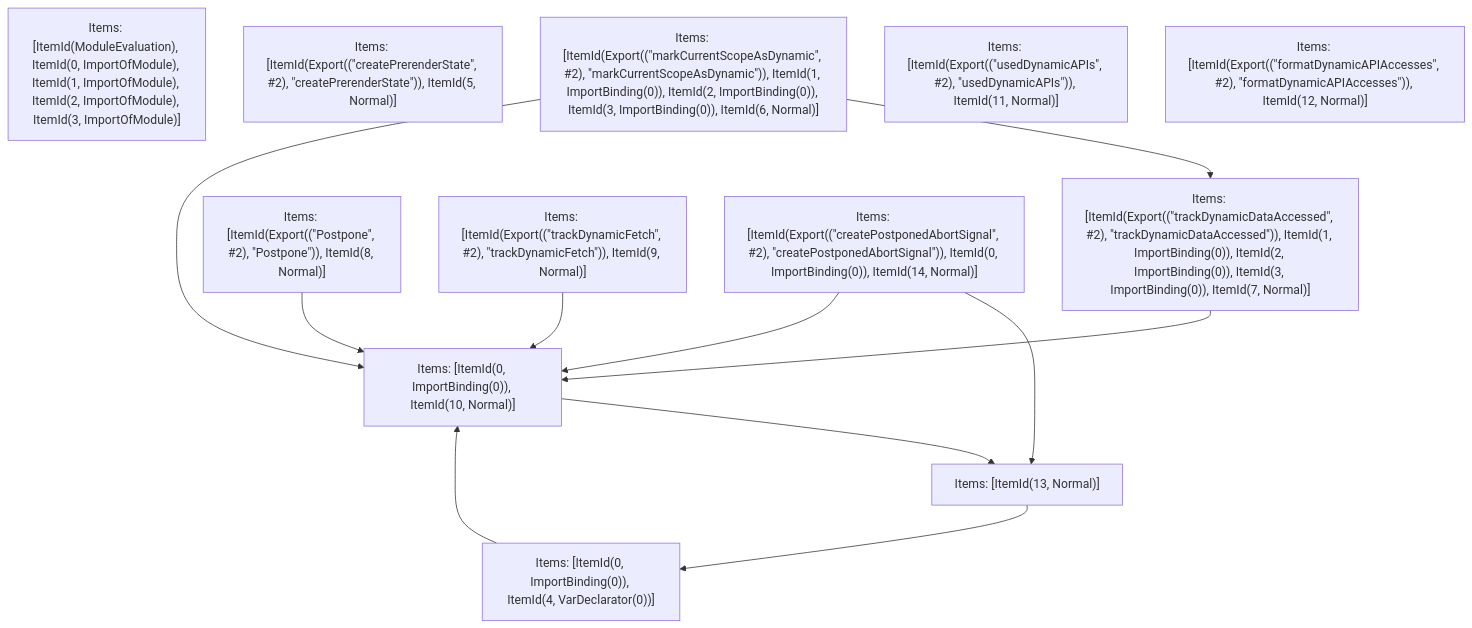
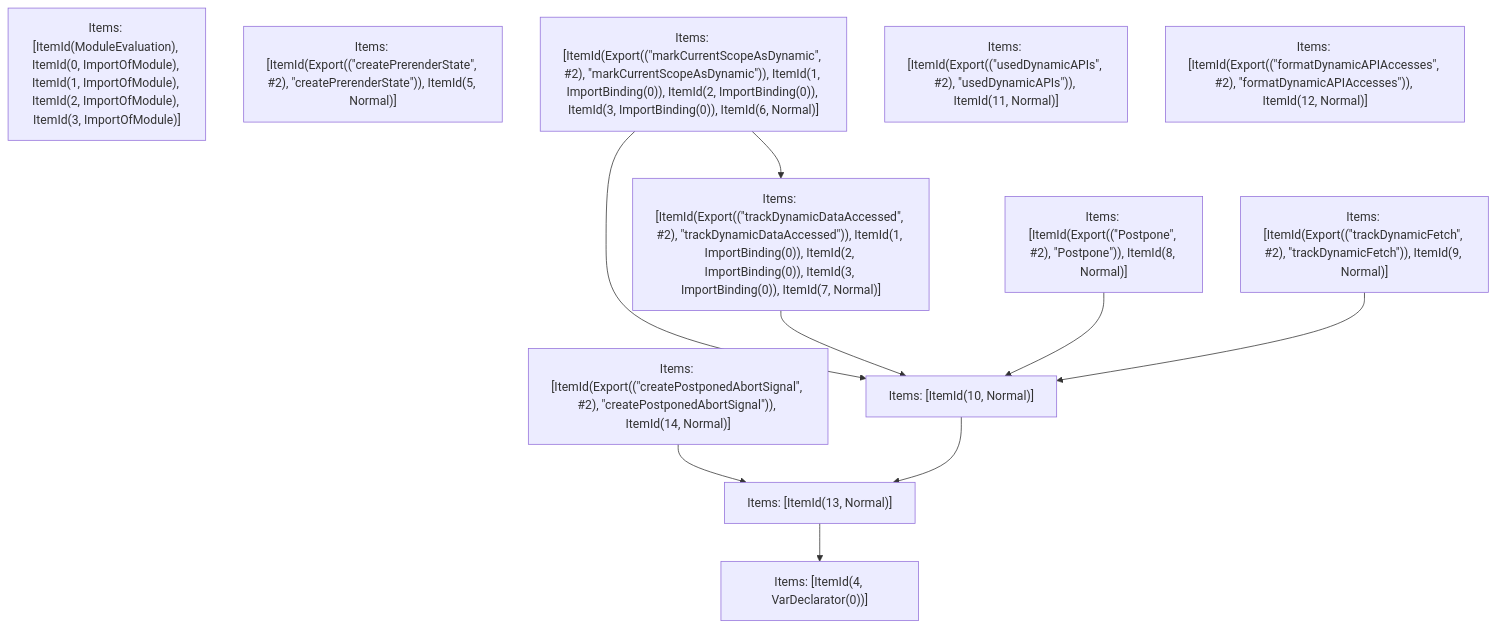
One commit to vercel/turborepo changed the fifth of 5 diagrams in crates/turbopack-ecmascript/tests/tree-shaker/analyzer/failed-2/output.md. Above: the diagram before and after it, drawn with Mermaid. The commit also changed other lines of this file and 12 other files, not shown here.

````diff
--- a/crates/turbopack-ecmascript/tests/tree-shaker/analyzer/failed-2/output.md
+++ b/crates/turbopack-ecmascript/tests/tree-shaker/analyzer/failed-2/output.md
@@ -530,25 +524,23 @@
 ```mermaid
 graph TD
     N0["Items: [ItemId(ModuleEvaluation), ItemId(0, ImportOfModule), ItemId(1, ImportOfModule), ItemId(2, ImportOfModule), ItemId(3, ImportOfModule)]"];
     N1["Items: [ItemId(Export((&quot;createPrerenderState&quot;, #2), &quot;createPrerenderState&quot;)), ItemId(5, Normal)]"];
     N2["Items: [ItemId(Export((&quot;markCurrentScopeAsDynamic&quot;, #2), &quot;markCurrentScopeAsDynamic&quot;)), ItemId(1, ImportBinding(0)), ItemId(2, ImportBinding(0)), ItemId(3, ImportBinding(0)), ItemId(6, Normal)]"];
     N3["Items: [ItemId(Export((&quot;trackDynamicDataAccessed&quot;, #2), &quot;trackDynamicDataAccessed&quot;)), ItemId(1, ImportBinding(0)), ItemId(2, ImportBinding(0)), ItemId(3, ImportBinding(0)), ItemId(7, Normal)]"];
     N4["Items: [ItemId(Export((&quot;Postpone&quot;, #2), &quot;Postpone&quot;)), ItemId(8, Normal)]"];
     N5["Items: [ItemId(Export((&quot;trackDynamicFetch&quot;, #2), &quot;trackDynamicFetch&quot;)), ItemId(9, Normal)]"];
     N6["Items: [ItemId(Export((&quot;usedDynamicAPIs&quot;, #2), &quot;usedDynamicAPIs&quot;)), ItemId(11, Normal)]"];
     N7["Items: [ItemId(Export((&quot;formatDynamicAPIAccesses&quot;, #2), &quot;formatDynamicAPIAccesses&quot;)), ItemId(12, Normal)]"];
-    N8["Items: [ItemId(Export((&quot;createPostponedAbortSignal&quot;, #2), &quot;createPostponedAbortSignal&quot;)), ItemId(0, ImportBinding(0)), ItemId(14, Normal)]"];
-    N9["Items: [ItemId(0, ImportBinding(0)), ItemId(4, VarDeclarator(0))]"];
-    N10["Items: [ItemId(0, ImportBinding(0)), ItemId(10, Normal)]"];
+    N8["Items: [ItemId(Export((&quot;createPostponedAbortSignal&quot;, #2), &quot;createPostponedAbortSignal&quot;)), ItemId(14, Normal)]"];
+    N9["Items: [ItemId(4, VarDeclarator(0))]"];
+    N10["Items: [ItemId(10, Normal)]"];
     N11["Items: [ItemId(13, Normal)]"];
     N2 --> N3;
     N2 --> N10;
     N3 --> N10;
     N4 --> N10;
     N5 --> N10;
     N8 --> N11;
-    N8 --> N10;
-    N9 --> N10;
     N10 --> N11;
     N11 --> N9;
 ```
````
